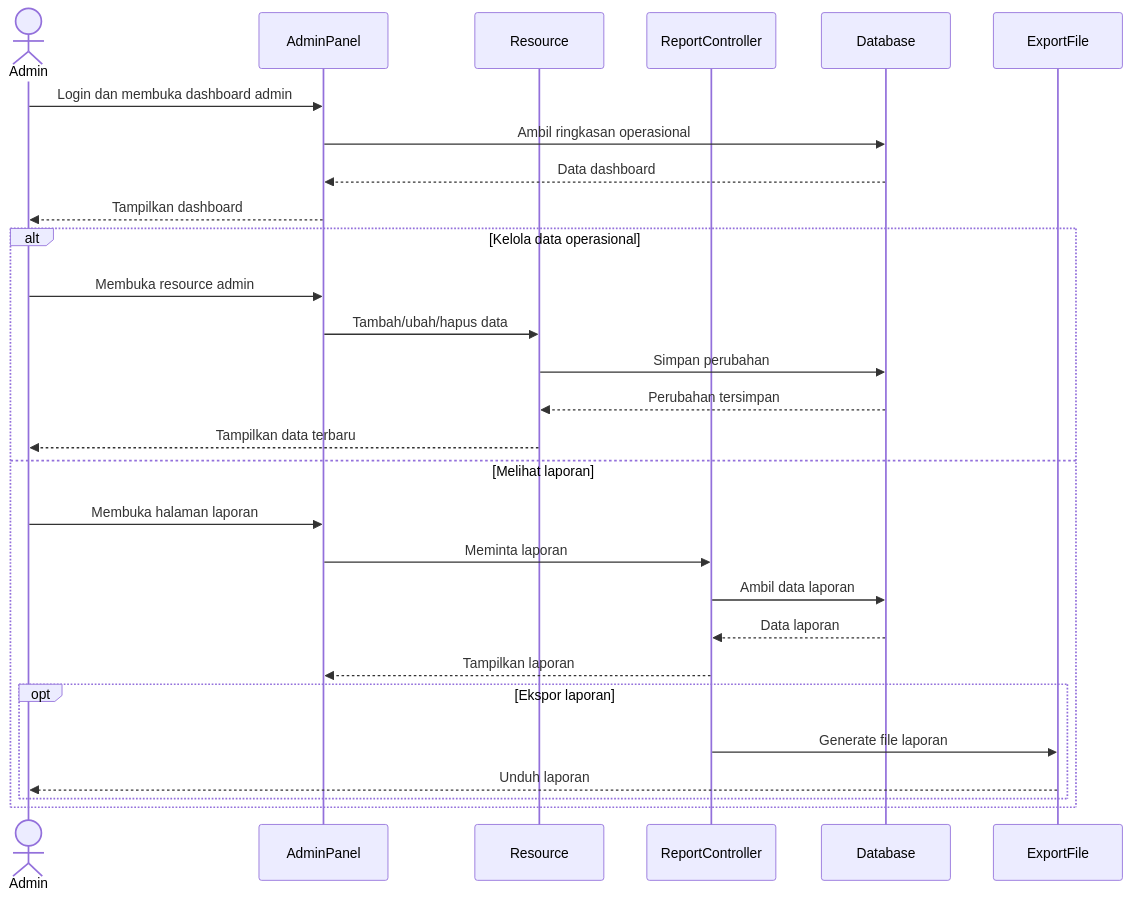
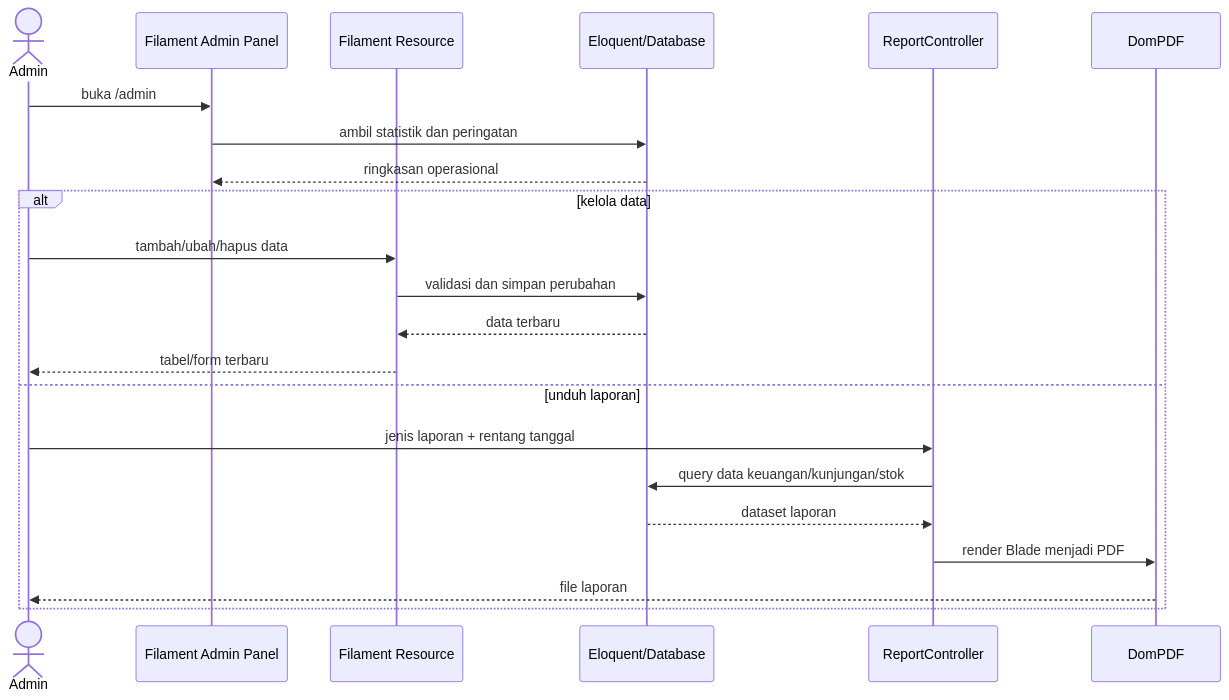
The seventh of 7 diagrams in dokumentasi/spesifikasi-proyek/sequence-diagrams.md (Faathir81/Sistem-Informasi-Klinik), drawn with Mermaid before and after one commit. The commit also changed other lines of this file and 5 other files, not shown here.

Commit message:
docs: align project specifications and diagrams with current implementation

````diff
--- a/dokumentasi/spesifikasi-proyek/sequence-diagrams.md
+++ b/dokumentasi/spesifikasi-proyek/sequence-diagrams.md
@@ -156,32 +192,25 @@
 ```mermaid
 sequenceDiagram
     actor Admin
-    participant AdminPanel
-    participant Resource
-    participant ReportController
-    participant Database
-    participant ExportFile
+    participant Panel as Filament Admin Panel
+    participant Resource as Filament Resource
+    participant DB as Eloquent/Database
+    participant Report as ReportController
+    participant PDF as DomPDF
 
-    Admin->>AdminPanel: Login dan membuka dashboard admin
-    AdminPanel->>Database: Ambil ringkasan operasional
-    Database-->>AdminPanel: Data dashboard
-    AdminPanel-->>Admin: Tampilkan dashboard
-
-    alt Kelola data operasional
-        Admin->>AdminPanel: Membuka resource admin
-        AdminPanel->>Resource: Tambah/ubah/hapus data
-        Resource->>Database: Simpan perubahan
-        Database-->>Resource: Perubahan tersimpan
-        Resource-->>Admin: Tampilkan data terbaru
-    else Melihat laporan
-        Admin->>AdminPanel: Membuka halaman laporan
-        AdminPanel->>ReportController: Meminta laporan
-        ReportController->>Database: Ambil data laporan
-        Database-->>ReportController: Data laporan
-        ReportController-->>AdminPanel: Tampilkan laporan
-        opt Ekspor laporan
-            ReportController->>ExportFile: Generate file laporan
-            ExportFile-->>Admin: Unduh laporan
-        end
+    Admin->>Panel: buka /admin
+    Panel->>DB: ambil statistik dan peringatan
+    DB-->>Panel: ringkasan operasional
+    alt kelola data
+        Admin->>Resource: tambah/ubah/hapus data
+        Resource->>DB: validasi dan simpan perubahan
+        DB-->>Resource: data terbaru
+        Resource-->>Admin: tabel/form terbaru
+    else unduh laporan
+        Admin->>Report: jenis laporan + rentang tanggal
+        Report->>DB: query data keuangan/kunjungan/stok
+        DB-->>Report: dataset laporan
+        Report->>PDF: render Blade menjadi PDF
+        PDF-->>Admin: file laporan
     end
 ```
````
